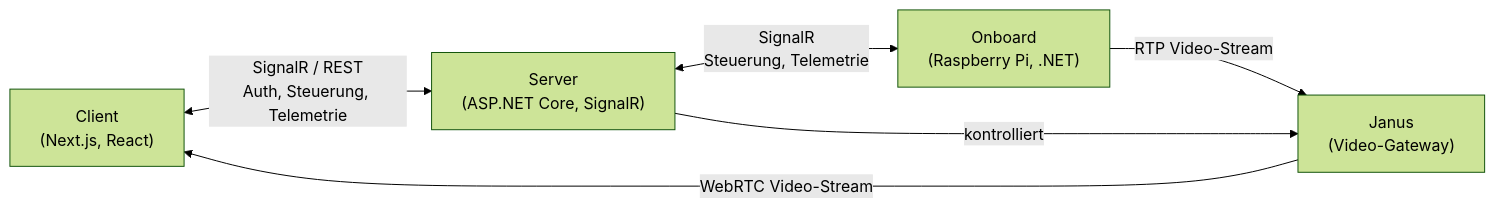
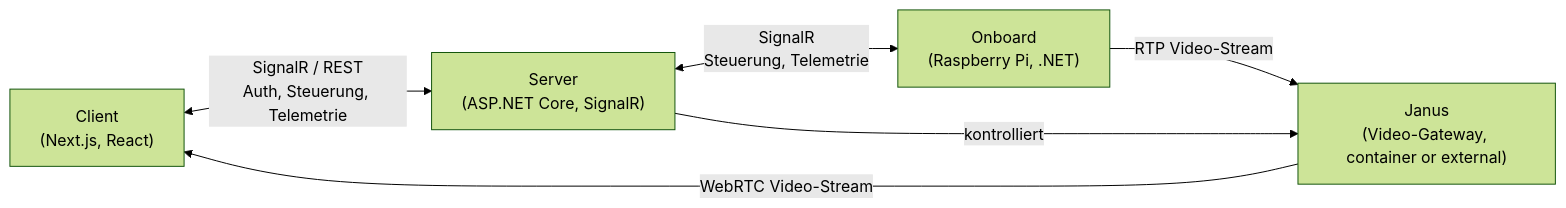
One commit to atomroflman/LteCar changed the first of 6 diagrams in Docs/Architecture.md. Above: the diagram before and after it, drawn with Mermaid (forest theme). The commit also changed other lines of this file and 15 other files, not shown here.

````diff
--- a/Docs/Architecture.md
+++ b/Docs/Architecture.md
@@ -7,13 +7,13 @@
 ```mermaid
 graph LR
     Client["Client<br/>(Next.js, React)"]
     Server["Server<br/>(ASP.NET Core, SignalR)"]
     Onboard["Onboard<br/>(Raspberry Pi, .NET)"]
-    Janus["Janus<br/>(Video-Gateway)"]
+    Janus["Janus<br/>(Video-Gateway, container or external)"]
 
     Client <-- "SignalR / REST<br/>Auth, Steuerung, Telemetrie" --> Server
     Server <-- "SignalR<br/>Steuerung, Telemetrie" --> Onboard
     Onboard -- "RTP Video-Stream" --> Janus
     Janus -- "WebRTC Video-Stream" --> Client
     Server -- "kontrolliert" --> Janus
 ```
````
